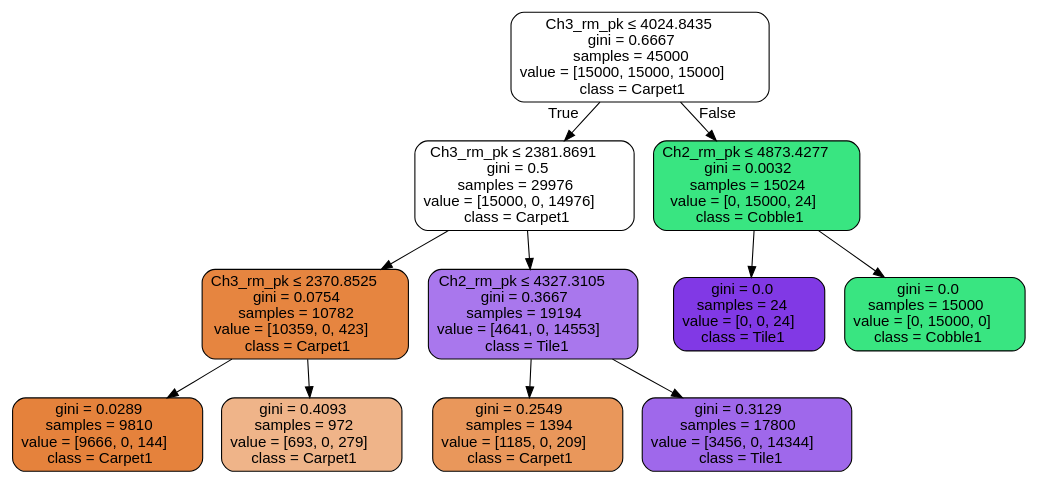
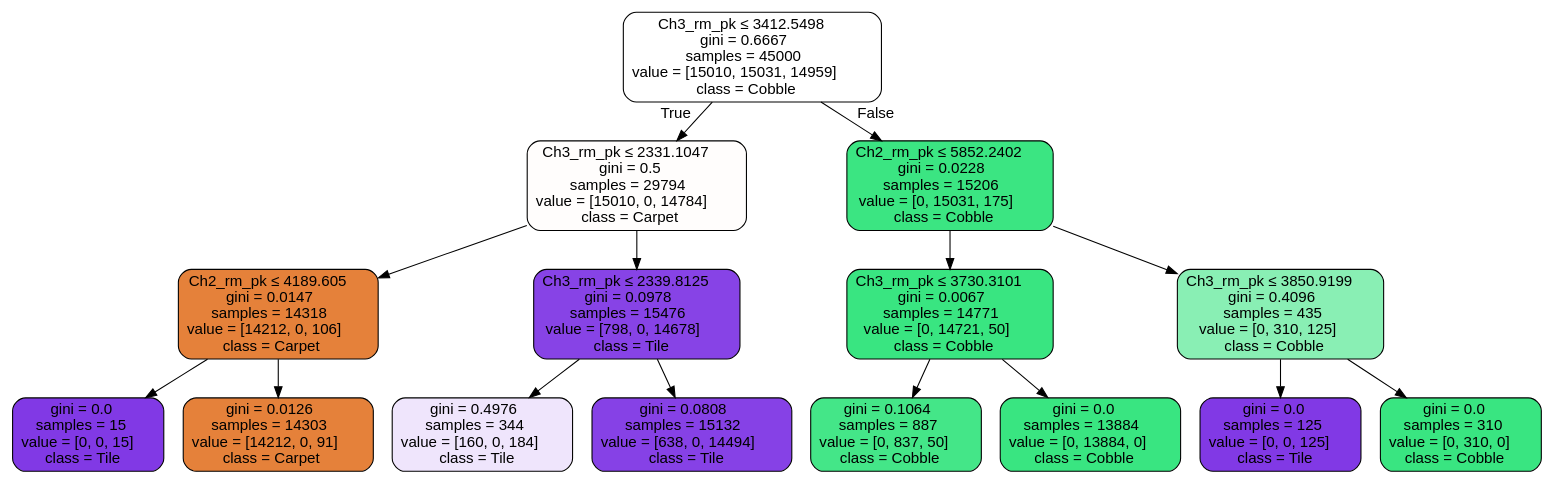
One commit to MoreCoffee12/AccelPlot changed the diagram in PythonScripts/None3.dot. Above: the diagram before and after it, drawn with Graphviz. The commit also changed 5 other files, not shown here.

```diff
--- a/PythonScripts/None3.dot
+++ b/PythonScripts/None3.dot
@@ -1,25 +1,33 @@
 digraph Tree {
 node [shape=box, style="filled, rounded", color="black", fontname=helvetica] ;
 edge [fontname=helvetica] ;
-0 [label=<Ch3_rm_pk &le; 4024.8435<br/>gini = 0.6667<br/>samples = 45000<br/>value = [15000, 15000, 15000]<br/>class = Carpet1>, fillcolor="#e5813900"] ;
-1 [label=<Ch3_rm_pk &le; 2381.8691<br/>gini = 0.5<br/>samples = 29976<br/>value = [15000, 0, 14976]<br/>class = Carpet1>, fillcolor="#e5813900"] ;
+0 [label=<Ch3_rm_pk &le; 3412.5498<br/>gini = 0.6667<br/>samples = 45000<br/>value = [15010, 15031, 14959]<br/>class = Cobble>, fillcolor="#39e58100"] ;
+1 [label=<Ch3_rm_pk &le; 2331.1047<br/>gini = 0.5<br/>samples = 29794<br/>value = [15010, 0, 14784]<br/>class = Carpet>, fillcolor="#e5813904"] ;
 0 -> 1 [labeldistance=2.5, labelangle=45, headlabel="True"] ;
-2 [label=<Ch3_rm_pk &le; 2370.8525<br/>gini = 0.0754<br/>samples = 10782<br/>value = [10359, 0, 423]<br/>class = Carpet1>, fillcolor="#e58139f5"] ;
+2 [label=<Ch2_rm_pk &le; 4189.605<br/>gini = 0.0147<br/>samples = 14318<br/>value = [14212, 0, 106]<br/>class = Carpet>, fillcolor="#e58139fd"] ;
 1 -> 2 ;
-3 [label=<gini = 0.0289<br/>samples = 9810<br/>value = [9666, 0, 144]<br/>class = Carpet1>, fillcolor="#e58139fb"] ;
+3 [label=<gini = 0.0<br/>samples = 15<br/>value = [0, 0, 15]<br/>class = Tile>, fillcolor="#8139e5ff"] ;
 2 -> 3 ;
-4 [label=<gini = 0.4093<br/>samples = 972<br/>value = [693, 0, 279]<br/>class = Carpet1>, fillcolor="#e5813998"] ;
+4 [label=<gini = 0.0126<br/>samples = 14303<br/>value = [14212, 0, 91]<br/>class = Carpet>, fillcolor="#e58139fd"] ;
 2 -> 4 ;
-5 [label=<Ch2_rm_pk &le; 4327.3105<br/>gini = 0.3667<br/>samples = 19194<br/>value = [4641, 0, 14553]<br/>class = Tile1>, fillcolor="#8139e5ae"] ;
+5 [label=<Ch3_rm_pk &le; 2339.8125<br/>gini = 0.0978<br/>samples = 15476<br/>value = [798, 0, 14678]<br/>class = Tile>, fillcolor="#8139e5f1"] ;
 1 -> 5 ;
-6 [label=<gini = 0.2549<br/>samples = 1394<br/>value = [1185, 0, 209]<br/>class = Carpet1>, fillcolor="#e58139d2"] ;
+6 [label=<gini = 0.4976<br/>samples = 344<br/>value = [160, 0, 184]<br/>class = Tile>, fillcolor="#8139e521"] ;
 5 -> 6 ;
-7 [label=<gini = 0.3129<br/>samples = 17800<br/>value = [3456, 0, 14344]<br/>class = Tile1>, fillcolor="#8139e5c2"] ;
+7 [label=<gini = 0.0808<br/>samples = 15132<br/>value = [638, 0, 14494]<br/>class = Tile>, fillcolor="#8139e5f4"] ;
 5 -> 7 ;
-8 [label=<Ch2_rm_pk &le; 4873.4277<br/>gini = 0.0032<br/>samples = 15024<br/>value = [0, 15000, 24]<br/>class = Cobble1>, fillcolor="#39e581ff"] ;
+8 [label=<Ch2_rm_pk &le; 5852.2402<br/>gini = 0.0228<br/>samples = 15206<br/>value = [0, 15031, 175]<br/>class = Cobble>, fillcolor="#39e581fc"] ;
 0 -> 8 [labeldistance=2.5, labelangle=-45, headlabel="False"] ;
-9 [label=<gini = 0.0<br/>samples = 24<br/>value = [0, 0, 24]<br/>class = Tile1>, fillcolor="#8139e5ff"] ;
+9 [label=<Ch3_rm_pk &le; 3730.3101<br/>gini = 0.0067<br/>samples = 14771<br/>value = [0, 14721, 50]<br/>class = Cobble>, fillcolor="#39e581fe"] ;
 8 -> 9 ;
-10 [label=<gini = 0.0<br/>samples = 15000<br/>value = [0, 15000, 0]<br/>class = Cobble1>, fillcolor="#39e581ff"] ;
-8 -> 10 ;
+10 [label=<gini = 0.1064<br/>samples = 887<br/>value = [0, 837, 50]<br/>class = Cobble>, fillcolor="#39e581f0"] ;
+9 -> 10 ;
+11 [label=<gini = 0.0<br/>samples = 13884<br/>value = [0, 13884, 0]<br/>class = Cobble>, fillcolor="#39e581ff"] ;
+9 -> 11 ;
+12 [label=<Ch3_rm_pk &le; 3850.9199<br/>gini = 0.4096<br/>samples = 435<br/>value = [0, 310, 125]<br/>class = Cobble>, fillcolor="#39e58198"] ;
+8 -> 12 ;
+13 [label=<gini = 0.0<br/>samples = 125<br/>value = [0, 0, 125]<br/>class = Tile>, fillcolor="#8139e5ff"] ;
+12 -> 13 ;
+14 [label=<gini = 0.0<br/>samples = 310<br/>value = [0, 310, 0]<br/>class = Cobble>, fillcolor="#39e581ff"] ;
+12 -> 14 ;
 }
```
